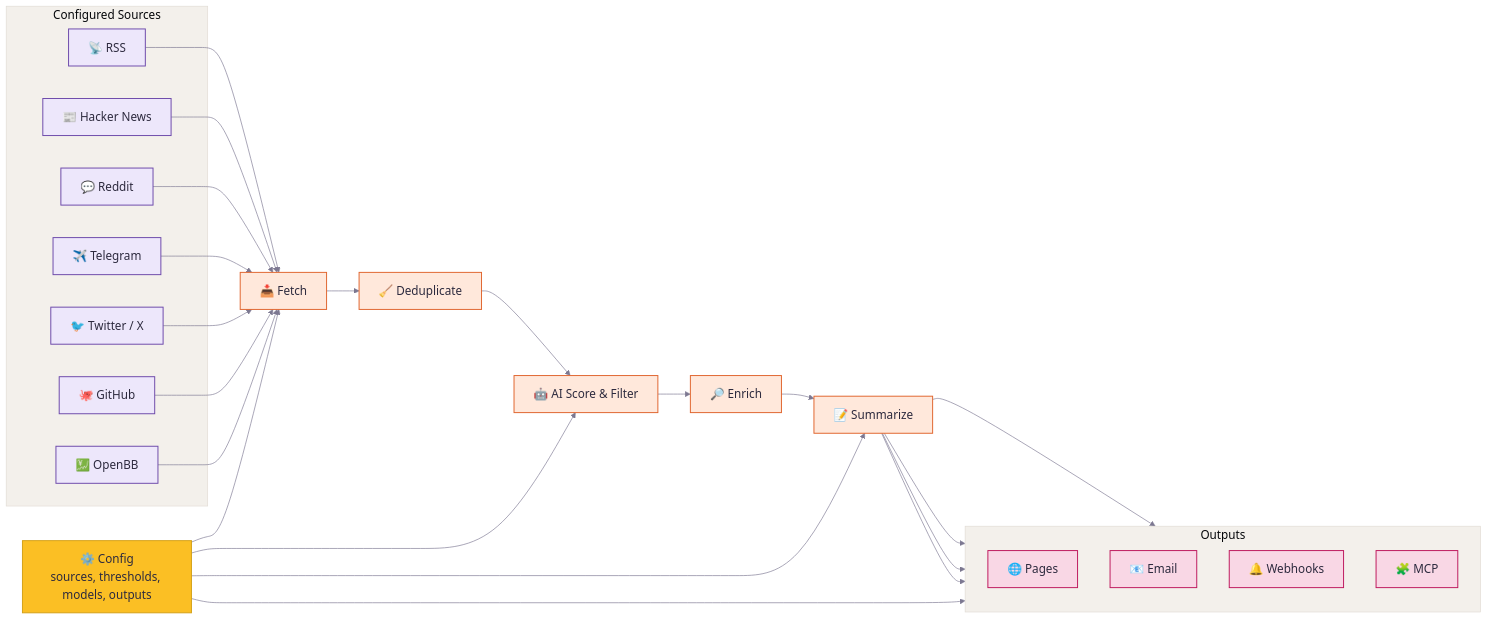
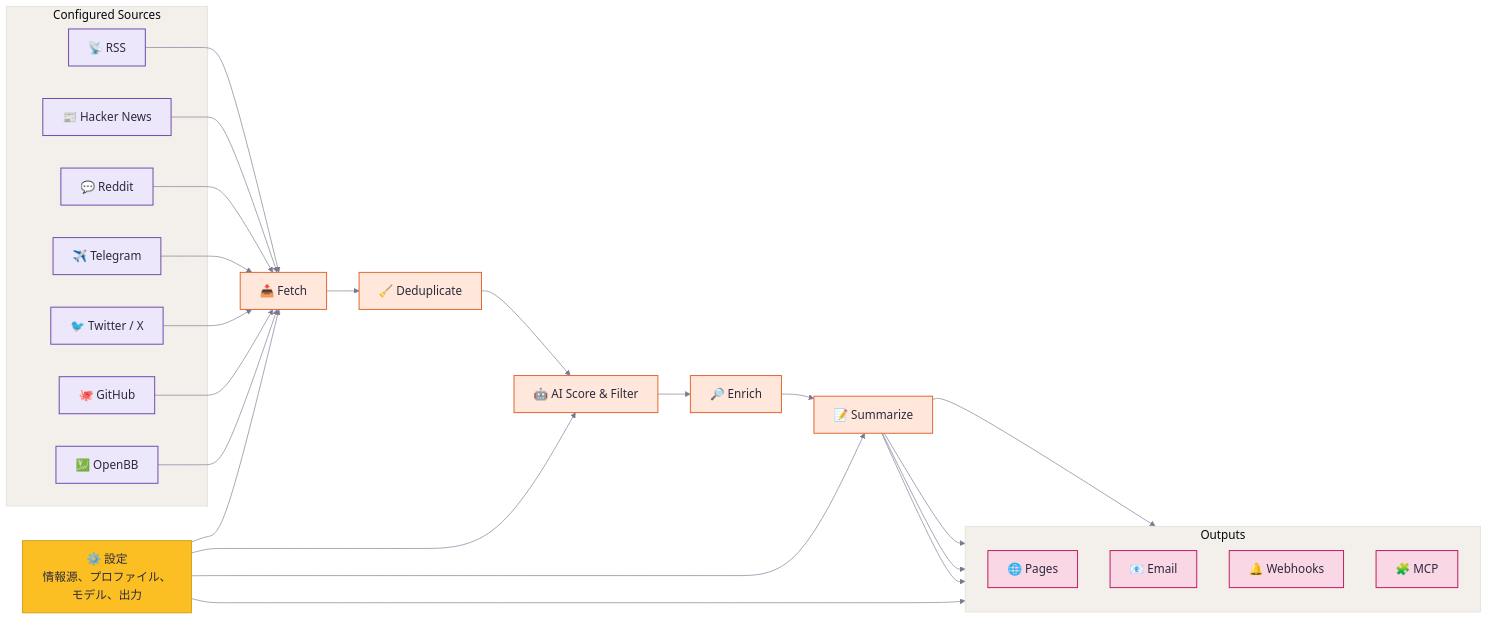
Before and after one commit to 748686/Horizon: the diagram in README_ja.md, drawn with Mermaid. The commit also changed other lines of this file and 59 other files, not shown here.

````diff
--- a/README_ja.md
+++ b/README_ja.md
@@ -93,70 +93,70 @@
 ```mermaid
 %%{init: {
   "theme": "base",
   "themeVariables": {
     "fontFamily": "ui-sans-serif, system-ui, -apple-system, BlinkMacSystemFont, Segoe UI, sans-serif",
     "fontSize": "18px",
     "primaryTextColor": "#2d2a3e",
     "primaryBorderColor": "#e0dbd3",
     "lineColor": "#7c7891",
     "tertiaryColor": "#faf8f5",
     "clusterBkg": "#f3f0eb",
     "clusterBorder": "#e0dbd3"
   }
 }}%%
 flowchart LR
     classDef config fill:#fbbf24,stroke:#d4a017,color:#2d2a3e,stroke-width:1.5px;
     classDef source fill:#ede7fb,stroke:#6d4aaa,color:#2d2a3e,stroke-width:1.5px;
     classDef process fill:#ffe8db,stroke:#e0652e,color:#2d2a3e,stroke-width:1.5px;
     classDef output fill:#f9d7e5,stroke:#be185d,color:#2d2a3e,stroke-width:1.5px;
 
-    config["⚙️ Config<br/>sources, thresholds, models, outputs"]
+    config["⚙️ 設定<br/>情報源、プロファイル、モデル、出力"]
 
     subgraph sources["Configured Sources"]
         rss["📡 RSS"]
         hn["📰 Hacker News"]
         reddit["💬 Reddit"]
         telegram["✈️ Telegram"]
         twitter["🐦 Twitter / X"]
         github["🐙 GitHub"]
         openbb["💹 OpenBB"]
     end
 
     fetch["📥 Fetch"]
     dedup["🧹 Deduplicate"]
     score["🤖 AI Score & Filter"]
     enrich["🔎 Enrich"]
     summary["📝 Summarize"]
 
     subgraph outputs["Outputs"]
         direction TB
         site["🌐 Pages"]
         email["📧 Email"]
         webhook["🔔 Webhooks"]
         mcp["🧩 MCP"]
     end
 
     config --> fetch
     rss --> fetch
     hn --> fetch
     reddit --> fetch
     telegram --> fetch
     twitter --> fetch
     github --> fetch
     openbb --> fetch
 
     fetch --> dedup --> score --> enrich --> summary
     config --> score
     config --> summary
     config --> outputs
 
     summary --> site
     summary --> email
     summary --> webhook
     summary --> mcp
 
     class config config
     class rss,hn,reddit,telegram,twitter,github,openbb source
     class fetch,dedup,score,enrich,summary process
     class site,email,webhook,mcp output
 ```
````
